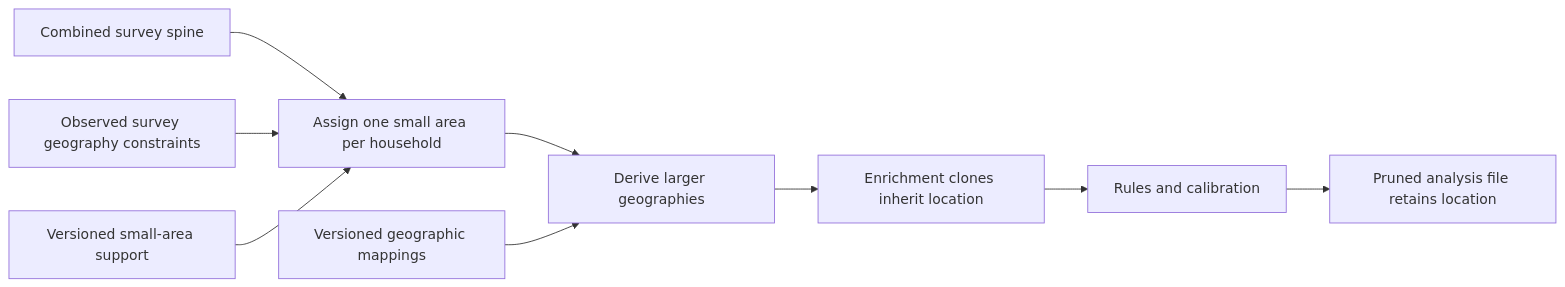
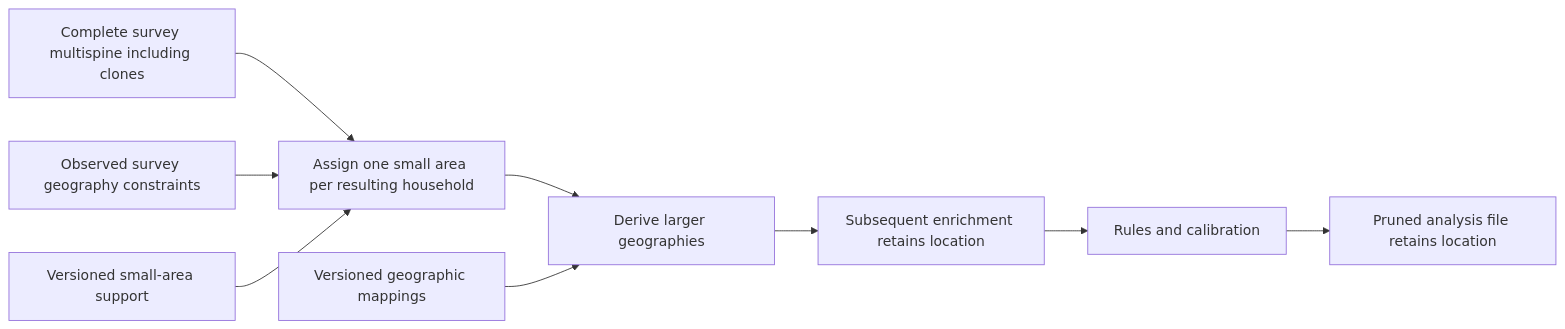
The diagram in docs/geography-assignment.md (PolicyEngine/micro), drawn with Mermaid before and after one commit. The commit also changed other lines of this file and 2 other files, not shown here.

````diff
--- a/docs/geography-assignment.md
+++ b/docs/geography-assignment.md
@@ -38,11 +44,11 @@
 ```mermaid
 flowchart LR
-  S[Combined survey spine] --> A[Assign one small area per household]
+  S[Complete survey multispine including clones] --> A[Assign one small area per resulting household]
   C[Observed survey geography constraints] --> A
   L[Versioned small-area support] --> A
   A --> D[Derive larger geographies]
   M[Versioned geographic mappings] --> D
-  D --> E[Enrichment clones inherit location]
+  D --> E[Subsequent enrichment retains location]
   E --> R[Rules and calibration]
   R --> P[Pruned analysis file retains location]
 ```
````
